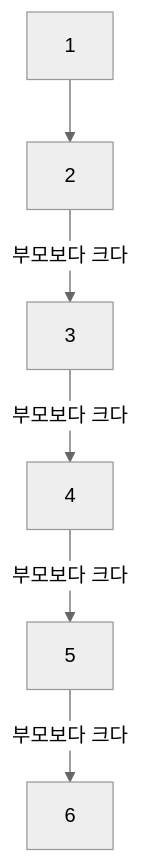
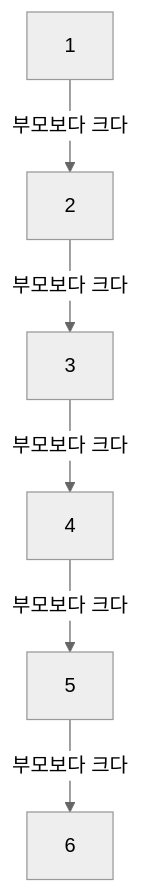
Before and after one commit to Budnarae/budnarae_archive: the sixth of 10 diagrams in content/posts/avl_tree.md, drawn with Mermaid (neutral theme). The commit also changed other lines of this file, not shown here.

Commit message:
avl_tree.md last - add graph script

````diff
--- a/content/posts/avl_tree.md
+++ b/content/posts/avl_tree.md
@@ -225,8 +225,8 @@
 ```mermaid
 graph TD
-A[1] --> B[2]
+A[1] --> |부모보다 크다| B[2]
 B --> |부모보다 크다| C[3]
 C --> |부모보다 크다| D[4]
 D --> |부모보다 크다| E[5]
 E --> |부모보다 크다| F[6]
 ```  
````
